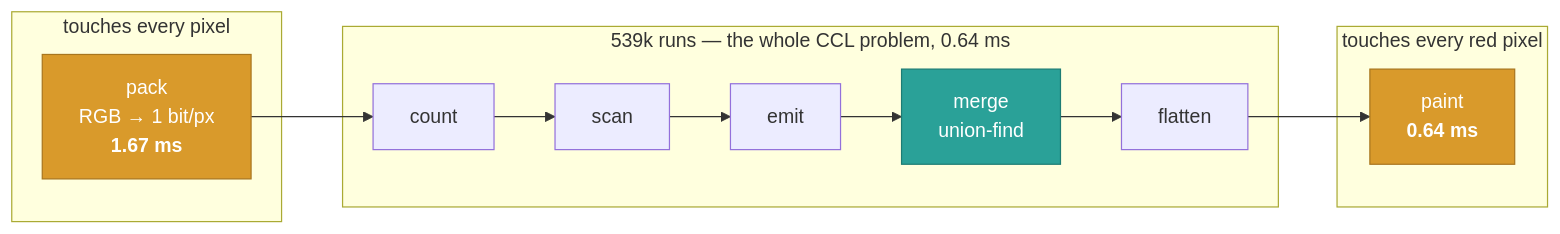
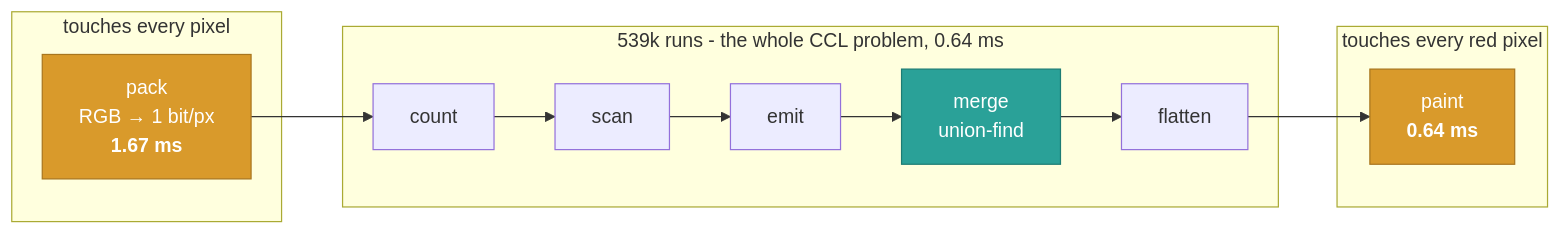
Before and after one commit to lejrn/flood-fill-cuda: the second of 2 diagrams in README.md, drawn with Mermaid. The commit also changed other lines of this file and 2 other files, not shown here.

````diff
--- a/README.md
+++ b/README.md
@@ -99,17 +99,17 @@
 ```mermaid
 flowchart LR
     subgraph hot ["touches every pixel"]
         P["pack<br/>RGB → 1 bit/px<br/><b>1.67 ms</b>"]
     end
-    subgraph cold ["539k runs — the whole CCL problem, 0.64 ms"]
+    subgraph cold ["539k runs - the whole CCL problem, 0.64 ms"]
         C["count"] --> S["scan"] --> E["emit"] --> M["merge<br/>union-find"] --> F["flatten"]
     end
     subgraph hot2 ["touches every red pixel"]
         A["paint<br/><b>0.64 ms</b>"]
     end
     P --> C
     F --> A
     style P fill:#d99a2b,stroke:#a8761f,color:#fff
     style A fill:#d99a2b,stroke:#a8761f,color:#fff
     style M fill:#2aa198,stroke:#1d7c74,color:#fff
 ```
````
